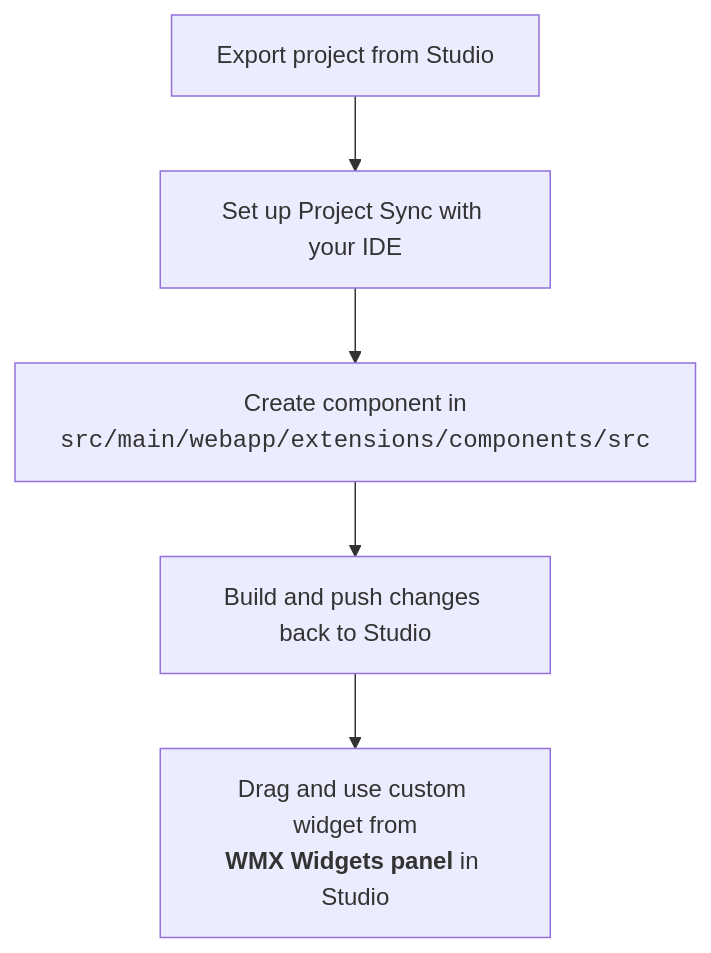
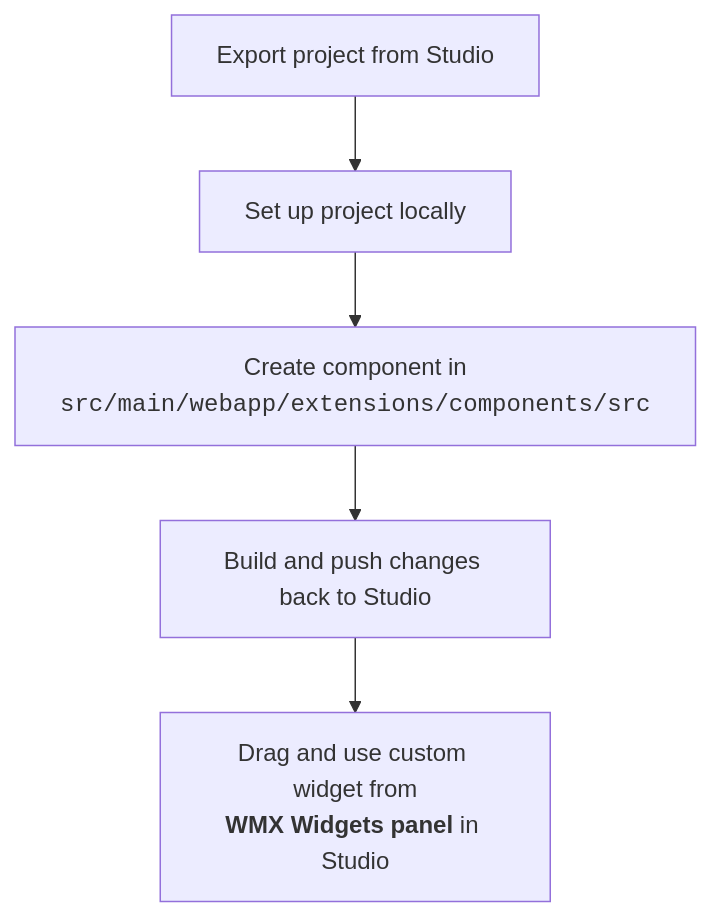
The diagram in learn/react-native/wmx-docs/wmx-overview.md (wavemaker/docs), drawn with Mermaid before and after one commit. The commit also changed other lines of this file and 7 other files, not shown here.

````diff
--- a/learn/react-native/wmx-docs/wmx-overview.md
+++ b/learn/react-native/wmx-docs/wmx-overview.md
@@ -62,10 +120,10 @@
 ```mermaid
 flowchart TD
     A[Export project from Studio]
-    B[Set up Project Sync with your IDE]
+    B[Set up project locally]
     C[Create component in<br><code>src/main/webapp/extensions/components/src</code>]
     D[Build and push changes back to Studio]
     E[Drag and use custom widget from<br><strong>WMX Widgets panel</strong> in Studio]
 
     A --> B --> C --> D --> E
 ```
````
